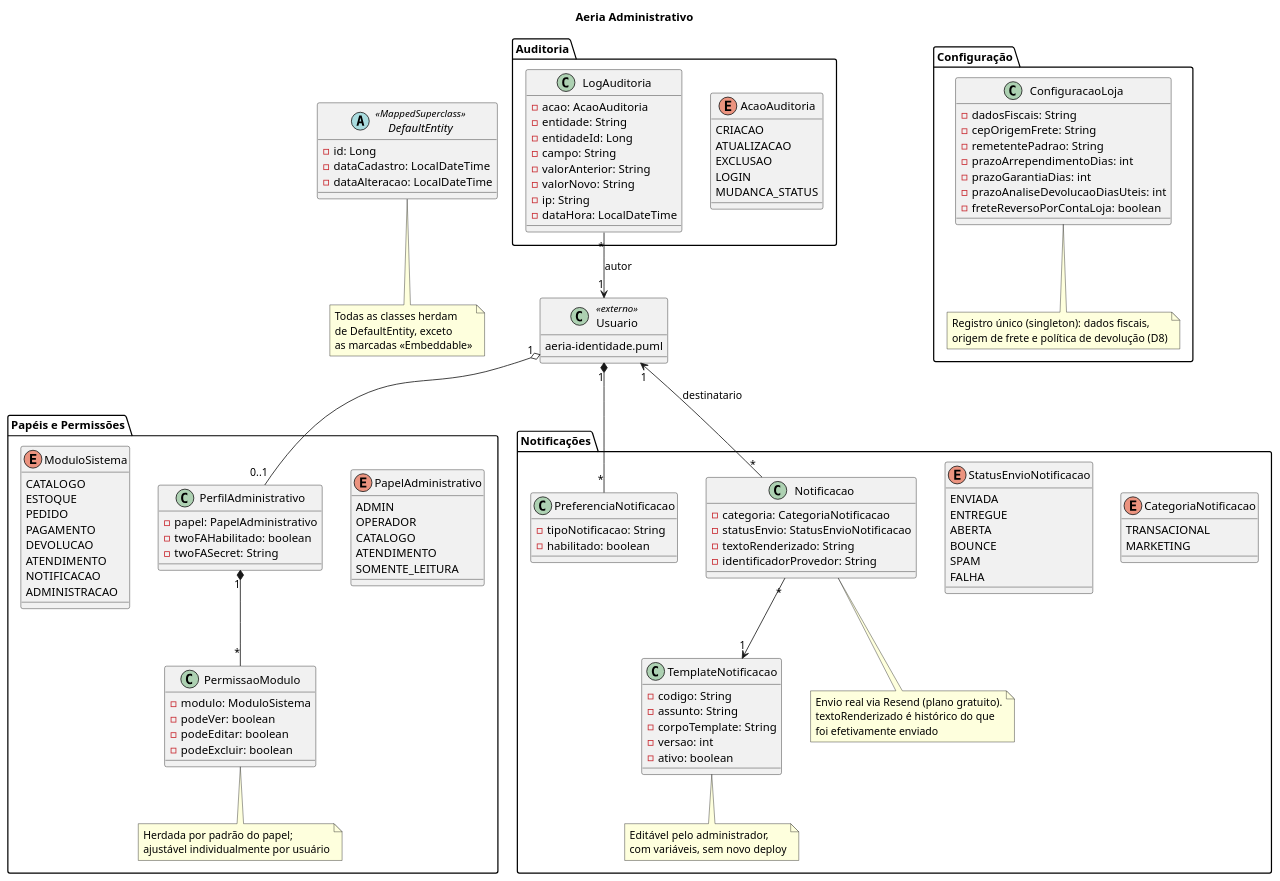
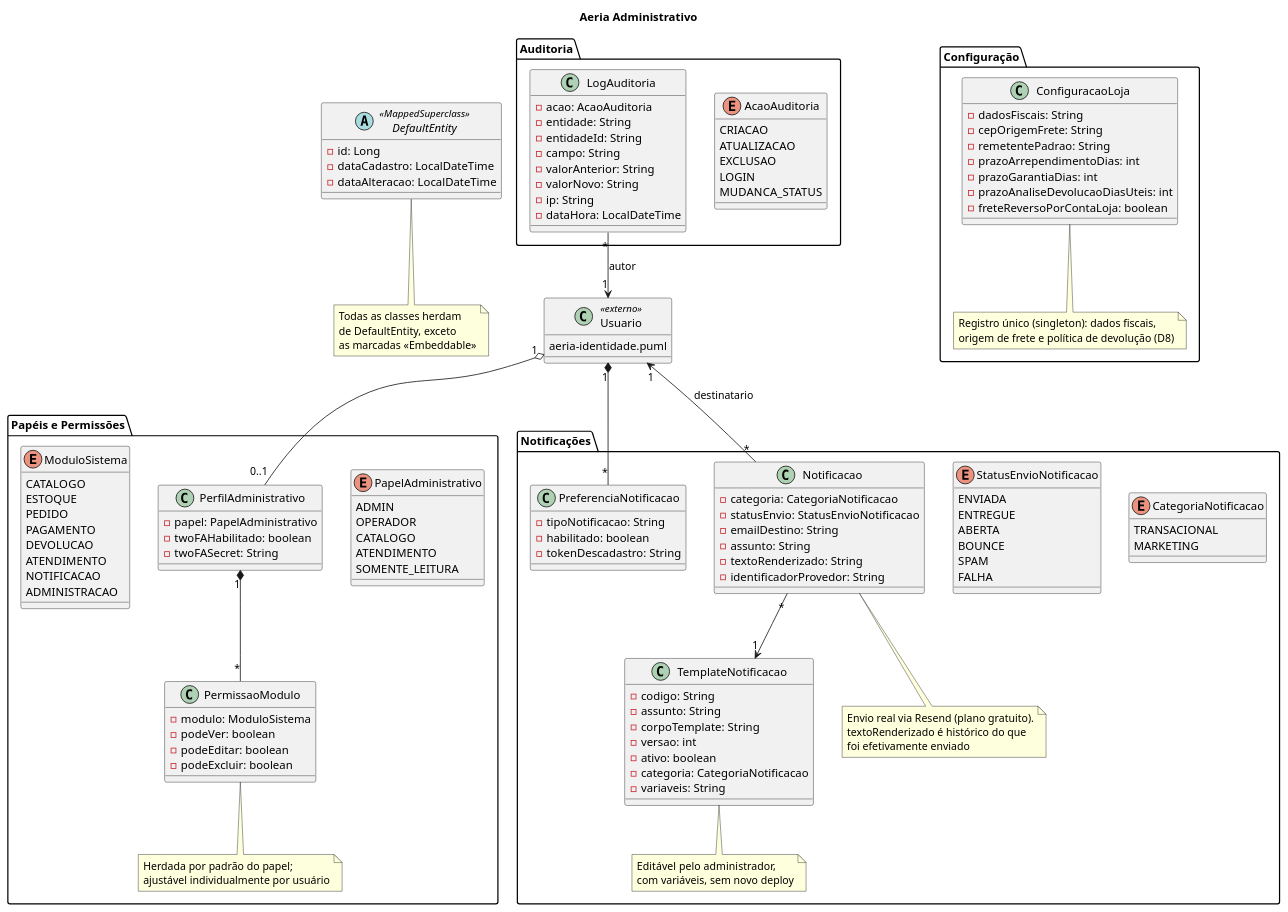
The diagram in docs/diagramas/aeria-administrativo.puml (DaviRSuassuna/Droneshop), drawn with PlantUML before and after one commit. The commit also changed 178 other files, not shown here.

```diff
--- a/docs/diagramas/aeria-administrativo.puml
+++ b/docs/diagramas/aeria-administrativo.puml
@@ -1,150 +1,155 @@
 @startuml aeria-administrativo
 
 title Aeria Administrativo
 
 abstract class DefaultEntity <<MappedSuperclass>> {
   -id: Long
   -dataCadastro: LocalDateTime
   -dataAlteracao: LocalDateTime
 }
 
 note bottom of DefaultEntity
   Todas as classes herdam
   de DefaultEntity, exceto
   as marcadas <<Embeddable>>
 end note
 
 class Usuario <<externo>> {
   aeria-identidade.puml
 }
 
 package "Papéis e Permissões" {
   enum PapelAdministrativo {
     ADMIN
     OPERADOR
     CATALOGO
     ATENDIMENTO
     SOMENTE_LEITURA
   }
 
   class PerfilAdministrativo {
     -papel: PapelAdministrativo
     -twoFAHabilitado: boolean
     -twoFASecret: String
   }
 
   enum ModuloSistema {
     CATALOGO
     ESTOQUE
     PEDIDO
     PAGAMENTO
     DEVOLUCAO
     ATENDIMENTO
     NOTIFICACAO
     ADMINISTRACAO
   }
 
   class PermissaoModulo {
     -modulo: ModuloSistema
     -podeVer: boolean
     -podeEditar: boolean
     -podeExcluir: boolean
   }
   note bottom of PermissaoModulo
     Herdada por padrão do papel;
     ajustável individualmente por usuário
   end note
 }
 
 package "Auditoria" {
   enum AcaoAuditoria {
     CRIACAO
     ATUALIZACAO
     EXCLUSAO
     LOGIN
     MUDANCA_STATUS
   }
 
   class LogAuditoria {
     -acao: AcaoAuditoria
     -entidade: String
-    -entidadeId: Long
+    -entidadeId: String
     -campo: String
     -valorAnterior: String
     -valorNovo: String
     -ip: String
     -dataHora: LocalDateTime
   }
 }
 
 package "Configuração" {
   class ConfiguracaoLoja {
     -dadosFiscais: String
     -cepOrigemFrete: String
     -remetentePadrao: String
     -prazoArrependimentoDias: int
     -prazoGarantiaDias: int
     -prazoAnaliseDevolucaoDiasUteis: int
     -freteReversoPorContaLoja: boolean
   }
   note bottom of ConfiguracaoLoja
     Registro único (singleton): dados fiscais,
     origem de frete e política de devolução (D8)
   end note
 }
 
 package "Notificações" {
   class TemplateNotificacao {
     -codigo: String
     -assunto: String
     -corpoTemplate: String
     -versao: int
     -ativo: boolean
+    -categoria: CategoriaNotificacao
+    -variaveis: String
   }
   note bottom of TemplateNotificacao
     Editável pelo administrador,
     com variáveis, sem novo deploy
   end note
 
   enum CategoriaNotificacao {
     TRANSACIONAL
     MARKETING
   }
 
   enum StatusEnvioNotificacao {
     ENVIADA
     ENTREGUE
     ABERTA
     BOUNCE
     SPAM
     FALHA
   }
 
   class Notificacao {
     -categoria: CategoriaNotificacao
     -statusEnvio: StatusEnvioNotificacao
+    -emailDestino: String
+    -assunto: String
     -textoRenderizado: String
     -identificadorProvedor: String
   }
   note bottom of Notificacao
     Envio real via Resend (plano gratuito).
     textoRenderizado é histórico do que
     foi efetivamente enviado
   end note
 
   class PreferenciaNotificacao {
     -tipoNotificacao: String
     -habilitado: boolean
+    -tokenDescadastro: String
   }
 }
 
 ' Usuario o-- PerfilAdministrativo também consta em aeria-identidade.puml,
 ' repetida aqui para leitura isolada deste arquivo
 Usuario "1" o-- "0..1" PerfilAdministrativo
 PerfilAdministrativo "1" *-- "*" PermissaoModulo
 LogAuditoria "*" --> "1" Usuario : autor
 Notificacao "*" --> "1" TemplateNotificacao
 Notificacao "*" --> "1" Usuario : destinatario
 Usuario "1" *-- "*" PreferenciaNotificacao
 
 @enduml
```
